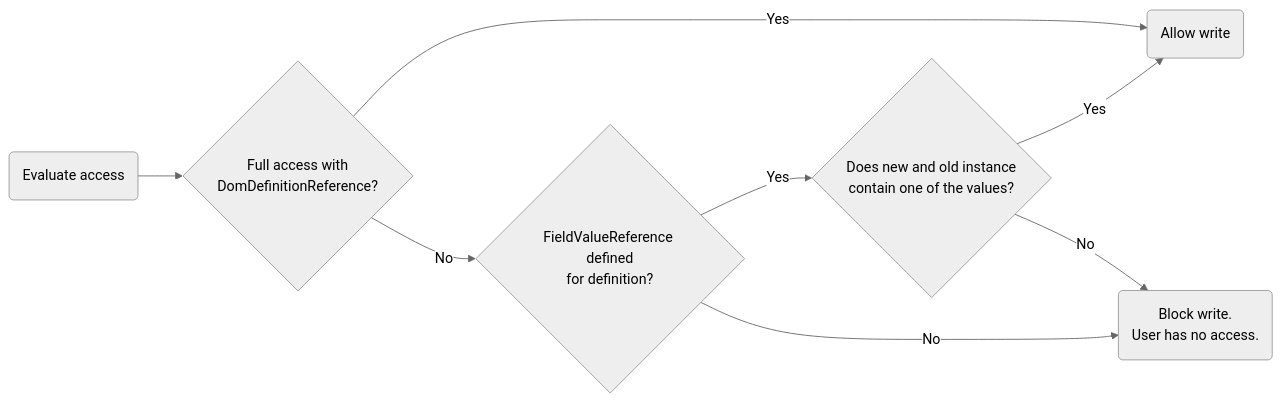
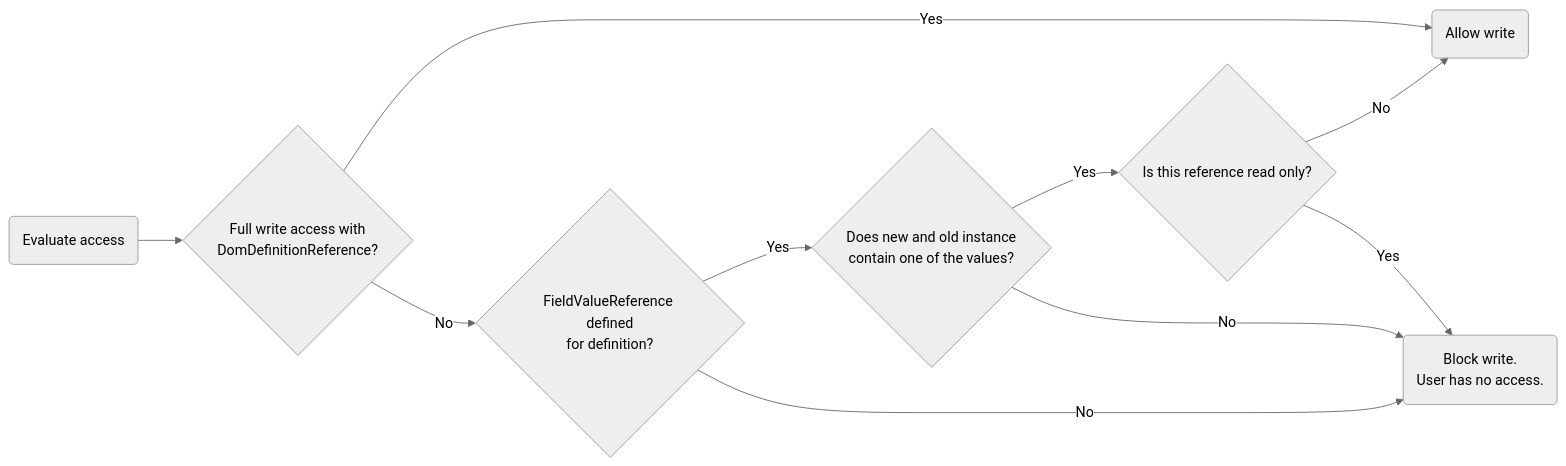
The third of 3 diagrams in dataminer/Functions/DOM/DOM_ModuleSettings/DOM_SecuritySettings.md (SkylineCommunications/dataminer-docs), drawn with Mermaid (neutral theme) before and after one commit. The commit also changed other lines of this file, not shown here.

Commit message:
Updated DOM security docs with read-only feature

````diff
--- a/dataminer/Functions/DOM/DOM_ModuleSettings/DOM_SecuritySettings.md
+++ b/dataminer/Functions/DOM/DOM_ModuleSettings/DOM_SecuritySettings.md
@@ -147,11 +150,13 @@
 ```mermaid
 flowchart LR
     B(Evaluate access)
-    B --> D{Full access with<br>DomDefinitionReference?}
+    B --> D{Full write access with<br>DomDefinitionReference?}
     D -->| Yes | E(Allow write)
     D -->| No  | H{FieldValueReference defined<br>for definition?}
     H -->| Yes | I{Does new and old instance<br>contain one of the values?}
     H -->| No  | J(Block write.<br>User has no access.)
-    I -->| Yes | E
+    I -->| Yes | K{Is this reference read only?}
     I -->| No  | J
+    K -->| No | E
+    K -->| Yes  | J
 ```
````
